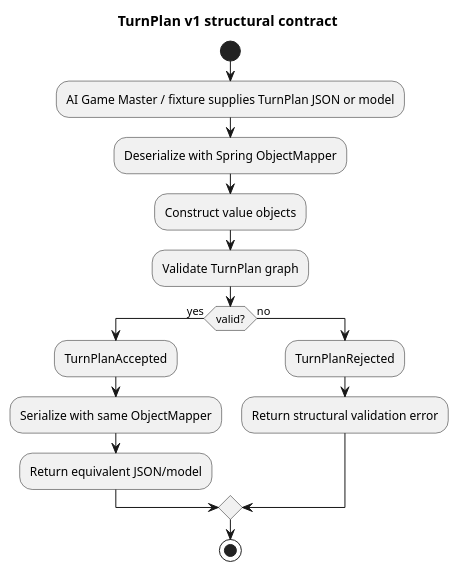
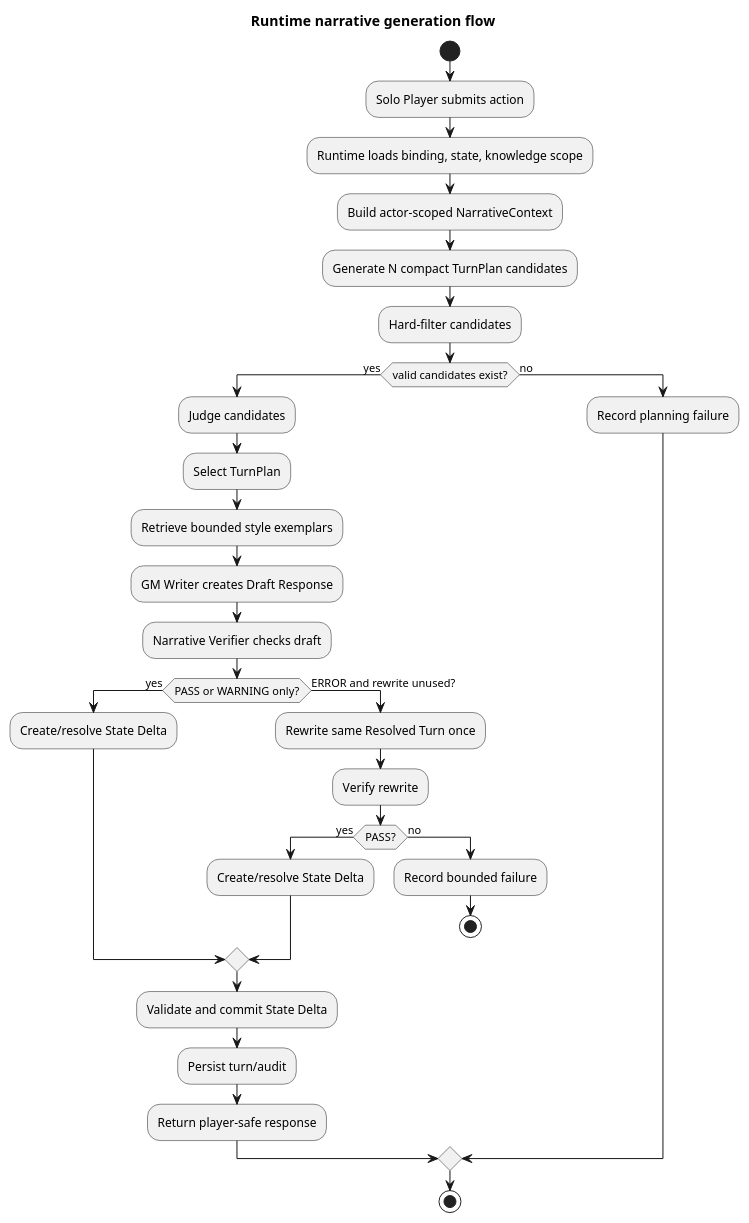
The first of 5 diagrams in docs/specs/architecture-spec.md (omegafrog/dnd-master), drawn with PlantUML before and after one commit. The commit also changed other lines of this file and 6 other files, not shown here.

Commit message:
docs: split runtime narrative plans 206-209

````diff
--- a/docs/specs/architecture-spec.md
+++ b/docs/specs/architecture-spec.md
@@ -37,19 +43,36 @@
 ```plantuml
 @startuml
-title TurnPlan v1 structural contract
+title Runtime narrative generation flow
 start
-:AI Game Master / fixture supplies TurnPlan JSON or model;
-:Deserialize with Spring ObjectMapper;
-:Construct value objects;
-:Validate TurnPlan graph;
-if (valid?) then (yes)
-  :TurnPlanAccepted;
-  :Serialize with same ObjectMapper;
-  :Return equivalent JSON/model;
+:Solo Player submits action;
+:Runtime loads binding, state, knowledge scope;
+:Build actor-scoped NarrativeContext;
+:Generate N compact TurnPlan candidates;
+:Hard-filter candidates;
+if (valid candidates exist?) then (yes)
+  :Judge candidates;
+  :Select TurnPlan;
+  :Retrieve bounded style exemplars;
+  :GM Writer creates Draft Response;
+  :Narrative Verifier checks draft;
+  if (PASS or WARNING only?) then (yes)
+    :Create/resolve State Delta;
+  else (ERROR and rewrite unused?)
+    :Rewrite same Resolved Turn once;
+    :Verify rewrite;
+    if (PASS?) then (yes)
+      :Create/resolve State Delta;
+    else (no)
+      :Record bounded failure;
+      stop
+    endif
+  endif
+  :Validate and commit State Delta;
+  :Persist turn/audit;
+  :Return player-safe response;
 else (no)
-  :TurnPlanRejected;
-  :Return structural validation error;
+  :Record planning failure;
 endif
 stop
 @enduml
 ```
````
